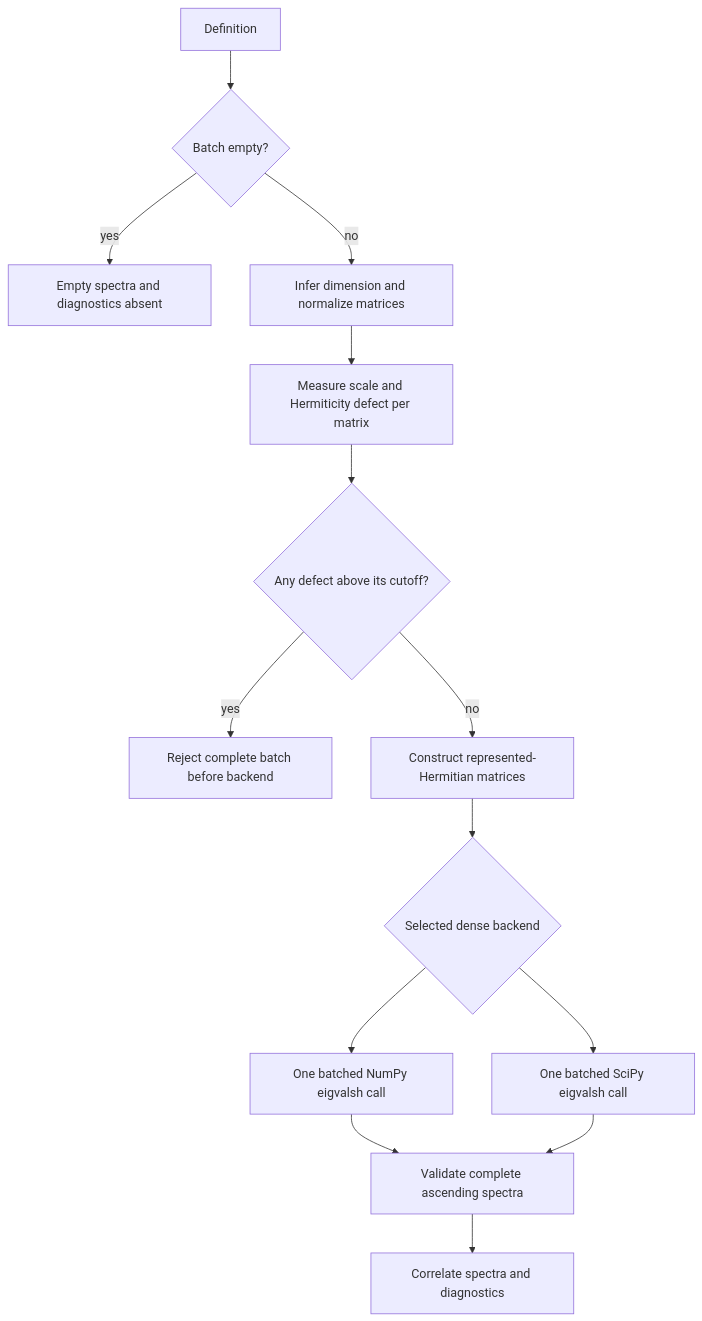
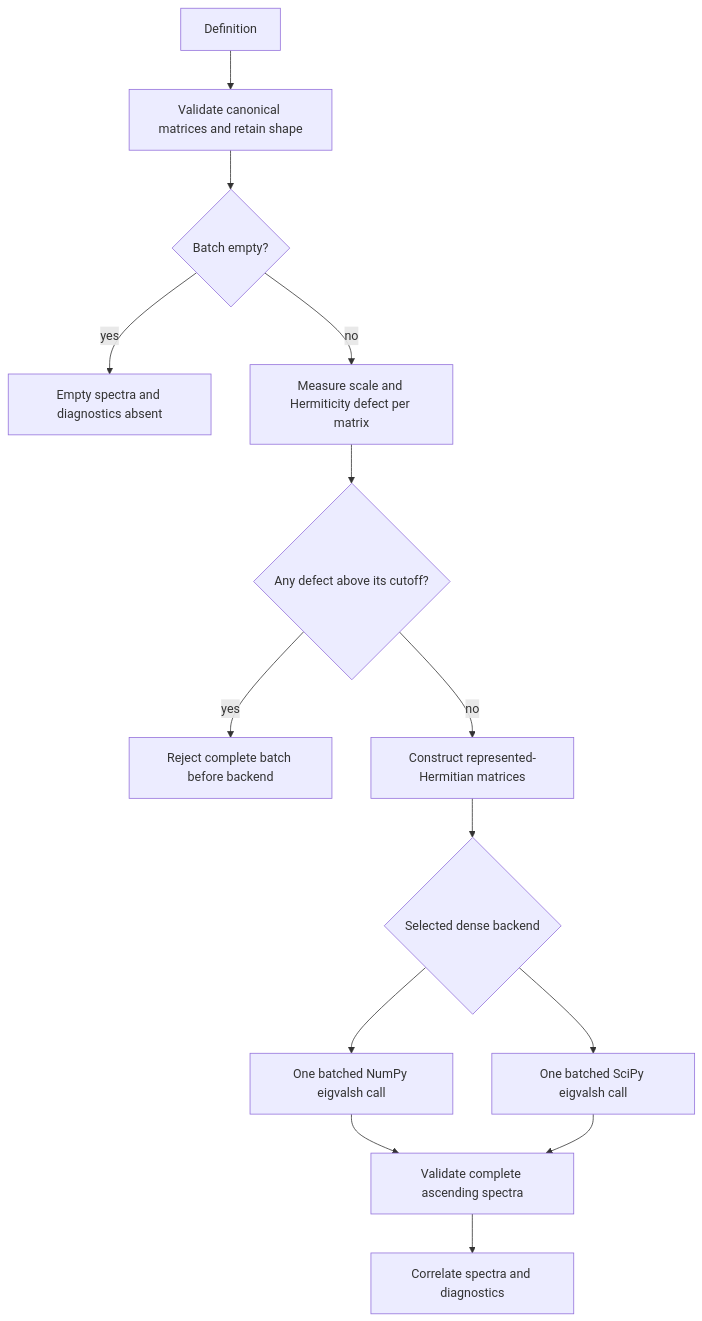
The first of 2 diagrams in docs/architecture/projectkoios/numerics/linalg/hermitian_spectrum/schematics.md (eragasa/projectkoios-optimization), drawn with Mermaid before and after one commit. The commit also changed 103 other files, not shown here.

````diff
--- a/docs/architecture/projectkoios/numerics/linalg/hermitian_spectrum/schematics.md
+++ b/docs/architecture/projectkoios/numerics/linalg/hermitian_spectrum/schematics.md
@@ -19,16 +19,16 @@
 ```mermaid
 flowchart TD
-    D[Definition] --> E{Batch empty?}
+    D[Definition] --> V[Validate canonical matrices and retain shape]
+    V --> E{Batch empty?}
     E -->|yes| Z[Empty spectra and diagnostics absent]
-    E -->|no| V[Infer dimension and normalize matrices]
-    V --> M[Measure scale and Hermiticity defect per matrix]
+    E -->|no| M[Measure scale and Hermiticity defect per matrix]
     M --> C{Any defect above its cutoff?}
     C -->|yes| F[Reject complete batch before backend]
     C -->|no| H[Construct represented-Hermitian matrices]
     H --> B{Selected dense backend}
     B --> N[One batched NumPy eigvalsh call]
     B --> P[One batched SciPy eigvalsh call]
     N --> S[Validate complete ascending spectra]
     P --> S
     S --> R[Correlate spectra and diagnostics]
 ```
````
